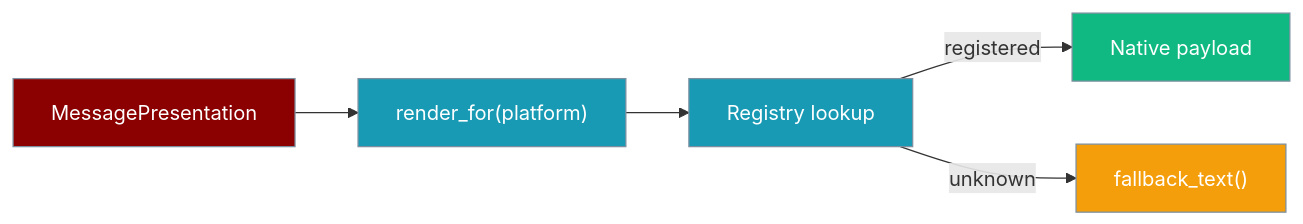
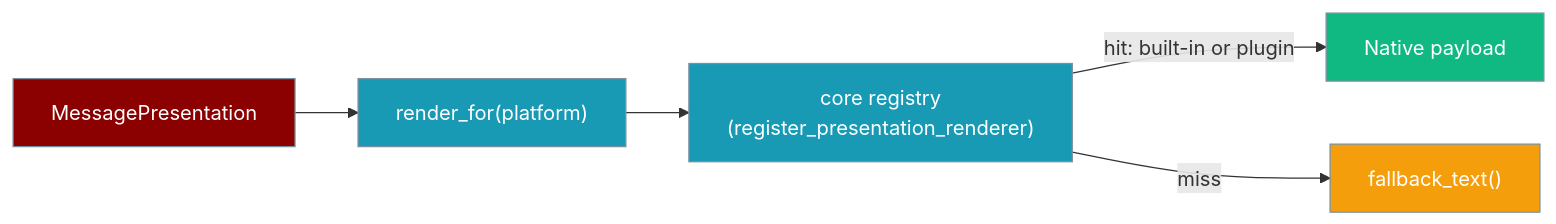
Before and after one commit to MervinPraison/PraisonAIDocs: the first of 3 diagrams in docs/features/presentation-renderers.mdx, drawn with Mermaid. The commit also changed other lines of this file and 1 other file, not shown here.

First line of the commit message:
docs: update presentation-renderers for core registration seam (fixes #2747)

````diff
--- a/docs/features/presentation-renderers.mdx
+++ b/docs/features/presentation-renderers.mdx
@@ -10,17 +10,17 @@
 ```mermaid
 graph LR
     P[MessagePresentation] --> R["render_for(platform)"]
-    R --> L[Registry lookup]
-    L -->|registered| N[Native payload]
-    L -->|unknown| F["fallback_text()"]
+    R --> L["core registry<br/>(register_presentation_renderer)"]
+    L -->|hit: built-in or plugin| N[Native payload]
+    L -->|miss| F["fallback_text()"]
 
     classDef input fill:#8B0000,stroke:#7C90A0,color:#fff
     classDef process fill:#189AB4,stroke:#7C90A0,color:#fff
     classDef output fill:#10B981,stroke:#7C90A0,color:#fff
     classDef fallback fill:#F59E0B,stroke:#7C90A0,color:#fff
 
     class P input
     class R,L process
     class N output
     class F fallback
 ```
````
